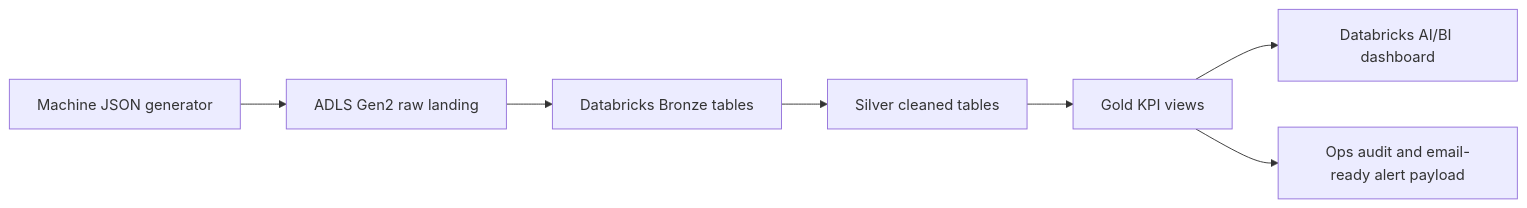
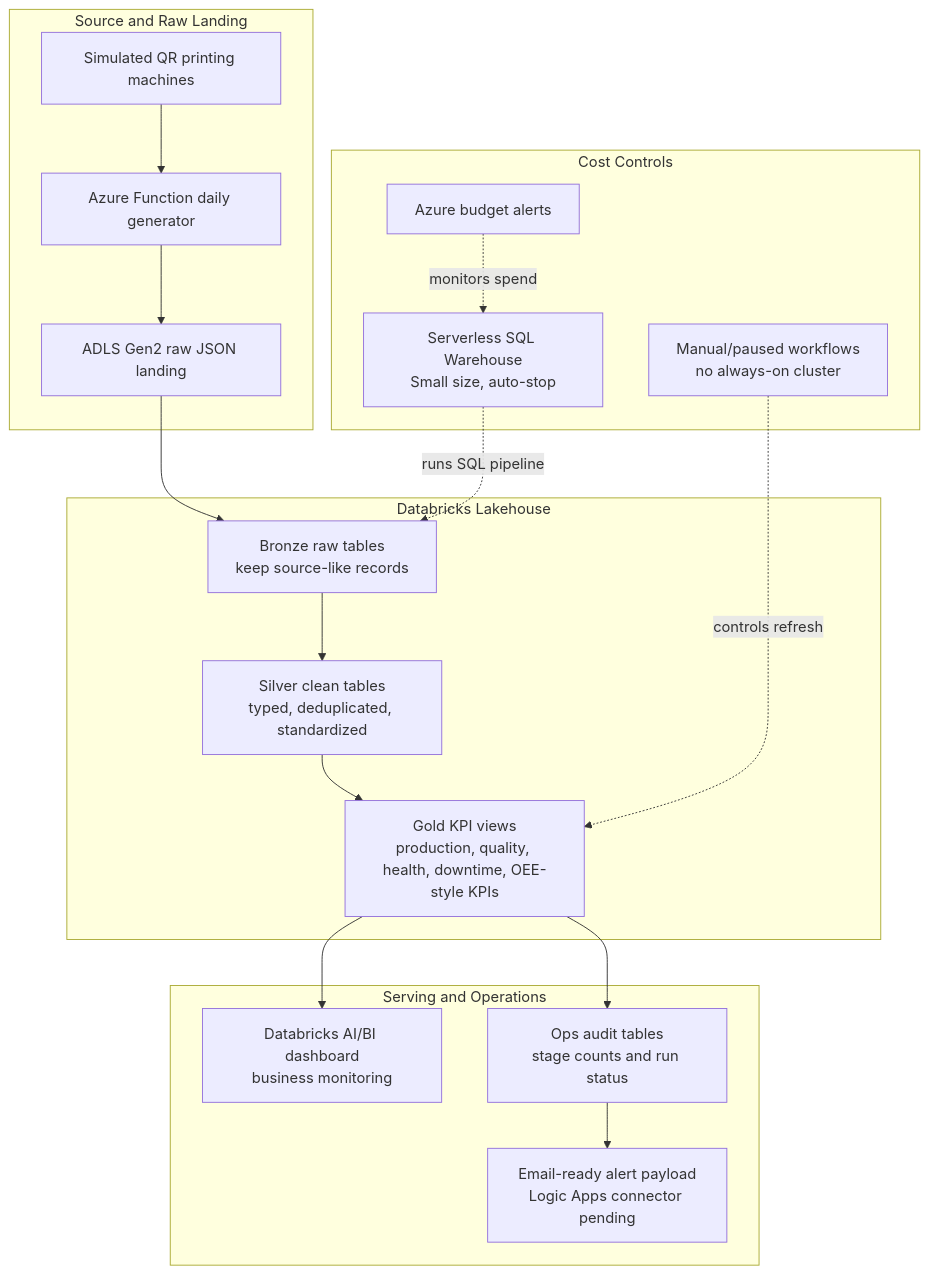
The diagram in README.md (Tuaaut/Azure-Databrick-SQLDashboard-Project1), drawn with Mermaid before and after one commit.

Commit message:
Clarify README architecture flow

````diff
--- a/README.md
+++ b/README.md
@@ -20,9 +20,34 @@
 ```mermaid
-flowchart LR
-    A["Machine JSON generator"] --> B["ADLS Gen2 raw landing"]
-    B --> C["Databricks Bronze tables"]
-    C --> D["Silver cleaned tables"]
-    D --> E["Gold KPI views"]
-    E --> F["Databricks AI/BI dashboard"]
-    E --> G["Ops audit and email-ready alert payload"]
+flowchart TB
+    subgraph Source["Source and Raw Landing"]
+        A["Simulated QR printing machines"]
+        B["Azure Function daily generator"]
+        C["ADLS Gen2 raw JSON landing"]
+        A --> B --> C
+    end
+
+    subgraph Lakehouse["Databricks Lakehouse"]
+        D["Bronze raw tables<br/>keep source-like records"]
+        E["Silver clean tables<br/>typed, deduplicated, standardized"]
+        F["Gold KPI views<br/>production, quality, health, downtime, OEE-style KPIs"]
+        C --> D --> E --> F
+    end
+
+    subgraph Serving["Serving and Operations"]
+        G["Databricks AI/BI dashboard<br/>business monitoring"]
+        H["Ops audit tables<br/>stage counts and run status"]
+        I["Email-ready alert payload<br/>Logic Apps connector pending"]
+        F --> G
+        F --> H --> I
+    end
+
+    subgraph Cost["Cost Controls"]
+        J["Serverless SQL Warehouse<br/>Small size, auto-stop"]
+        K["Manual/paused workflows<br/>no always-on cluster"]
+        L["Azure budget alerts"]
+    end
+
+    J -. runs SQL pipeline .-> D
+    K -. controls refresh .-> F
+    L -. monitors spend .-> J
 ```
````
